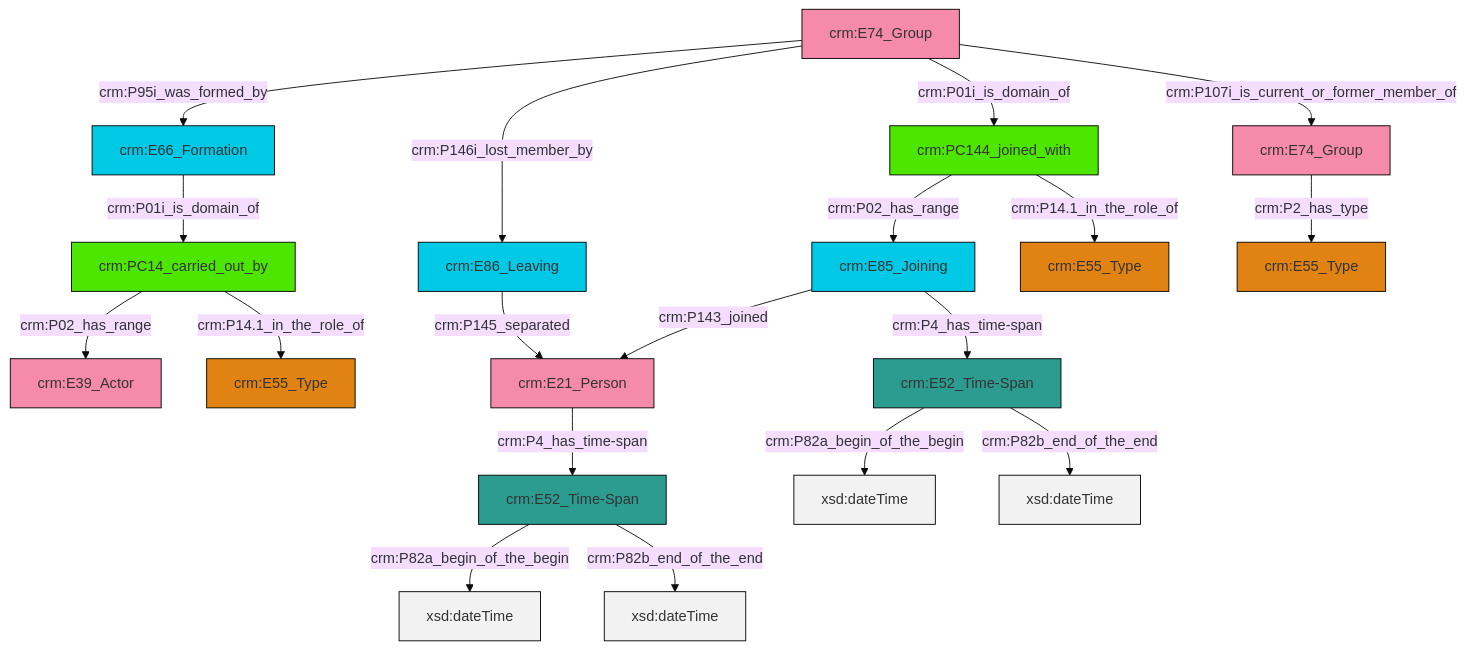
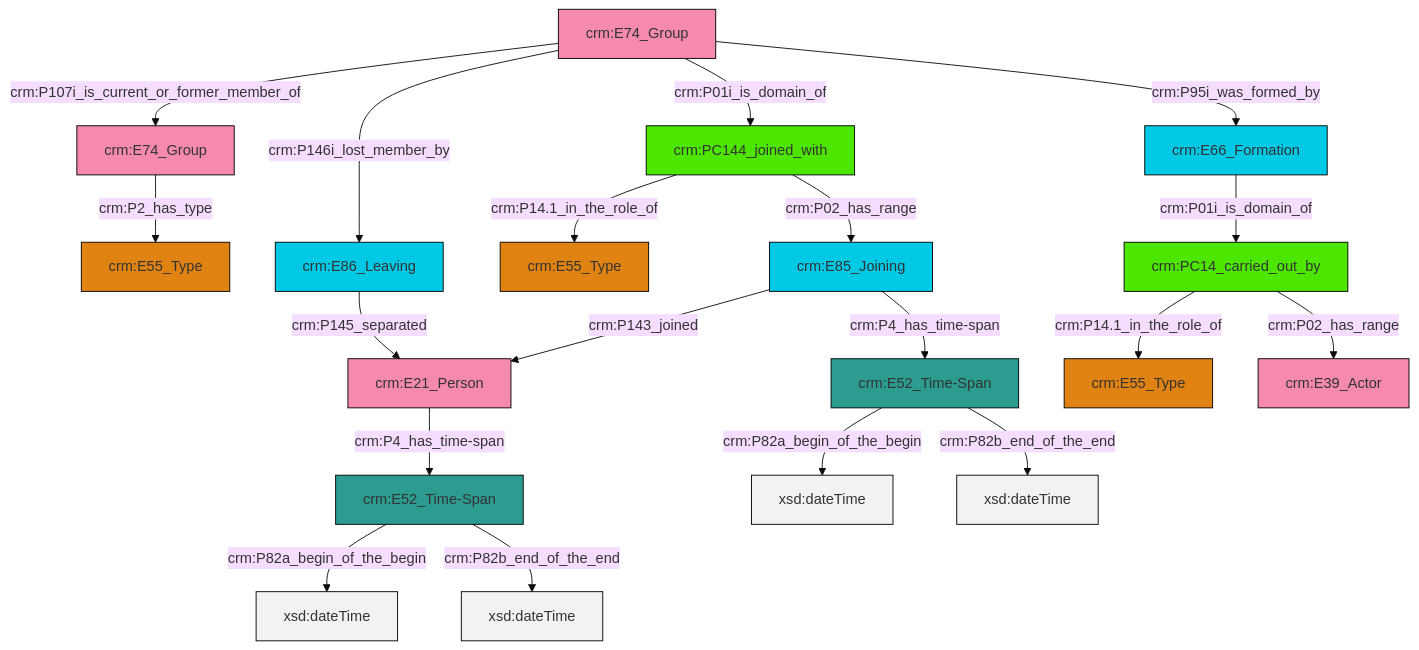
The diagram in et/groupCSV/ttl/mmd/group_actor_relations.ttl.mmd (swiss-art-research-net/reference-data-models), drawn with Mermaid (base theme) before and after one commit. The commit also changed 130 other files, not shown here.

```diff
--- a/et/groupCSV/ttl/mmd/group_actor_relations.ttl.mmd
+++ b/et/groupCSV/ttl/mmd/group_actor_relations.ttl.mmd
@@ -1,33 +1,33 @@
 graph TD
 classDef Literal fill:#f2f2f2,stroke:#000000;
 classDef CRM_Entity fill:#FFFFFF,stroke:#000000;
 classDef Temporal_Entity fill:#00C9E6, stroke:#000000;
 classDef Type fill:#E18312, stroke:#000000;
 classDef Time-Span fill:#2C9C91, stroke:#000000;
 classDef Appellation fill:#FFEB7F, stroke:#000000;
 classDef Place fill:#008836, stroke:#000000;
 classDef Persistent_Item fill:#B266B2, stroke:#000000;
 classDef Conceptual_Object fill:#FFD700, stroke:#000000;
 classDef Physical_Thing fill:#D2B48C, stroke:#000000;
 classDef Actor fill:#f58aad, stroke:#000000;
 classDef PC_Classes fill:#4ce600, stroke:#000000;
 classDef Multi fill:#cccccc,stroke:#000000;
 
-0["crm:E66_Formation"]:::Temporal_Entity -->|crm:P01i_is_domain_of| 1["crm:PC14_carried_out_by"]:::PC_Classes
-7["crm:E74_Group"]:::Actor -->|crm:P2_has_type| 8["crm:E55_Type"]:::Type
-9["crm:E74_Group"]:::Actor -->|crm:P95i_was_formed_by| 0["crm:E66_Formation"]:::Temporal_Entity
-10["crm:PC144_joined_with"]:::PC_Classes -->|crm:P02_has_range| 11["crm:E85_Joining"]:::Temporal_Entity
-12["crm:E52_Time-Span"]:::Time-Span -->|crm:P82a_begin_of_the_begin| 13[xsd:dateTime]:::Literal
-12["crm:E52_Time-Span"]:::Time-Span -->|crm:P82b_end_of_the_end| 14[xsd:dateTime]:::Literal
-11["crm:E85_Joining"]:::Temporal_Entity -->|crm:P143_joined| 2["crm:E21_Person"]:::Actor
-18["crm:E86_Leaving"]:::Temporal_Entity -->|crm:P145_separated| 2["crm:E21_Person"]:::Actor
+2["crm:PC14_carried_out_by"]:::PC_Classes -->|crm:P14.1_in_the_role_of| 0["crm:E55_Type"]:::Type
+3["crm:PC144_joined_with"]:::PC_Classes -->|crm:P14.1_in_the_role_of| 4["crm:E55_Type"]:::Type
+2["crm:PC14_carried_out_by"]:::PC_Classes -->|crm:P02_has_range| 7["crm:E39_Actor"]:::Actor
+8["crm:E85_Joining"]:::Temporal_Entity -->|crm:P143_joined| 9["crm:E21_Person"]:::Actor
+12["crm:E74_Group"]:::Actor -->|crm:P107i_is_current_or_former_member_of| 13["crm:E74_Group"]:::Actor
+16["crm:E52_Time-Span"]:::Time-Span -->|crm:P82a_begin_of_the_begin| 17[xsd:dateTime]:::Literal
+3["crm:PC144_joined_with"]:::PC_Classes -->|crm:P02_has_range| 8["crm:E85_Joining"]:::Temporal_Entity
 20["crm:E52_Time-Span"]:::Time-Span -->|crm:P82a_begin_of_the_begin| 21[xsd:dateTime]:::Literal
-20["crm:E52_Time-Span"]:::Time-Span -->|crm:P82b_end_of_the_end| 22[xsd:dateTime]:::Literal
-9["crm:E74_Group"]:::Actor -->|crm:P146i_lost_member_by| 18["crm:E86_Leaving"]:::Temporal_Entity
-2["crm:E21_Person"]:::Actor -->|crm:P4_has_time-span| 12["crm:E52_Time-Span"]:::Time-Span
-10["crm:PC144_joined_with"]:::PC_Classes -->|crm:P14.1_in_the_role_of| 5["crm:E55_Type"]:::Type
-9["crm:E74_Group"]:::Actor -->|crm:P01i_is_domain_of| 10["crm:PC144_joined_with"]:::PC_Classes
-11["crm:E85_Joining"]:::Temporal_Entity -->|crm:P4_has_time-span| 20["crm:E52_Time-Span"]:::Time-Span
-1["crm:PC14_carried_out_by"]:::PC_Classes -->|crm:P02_has_range| 28["crm:E39_Actor"]:::Actor
-9["crm:E74_Group"]:::Actor -->|crm:P107i_is_current_or_former_member_of| 7["crm:E74_Group"]:::Actor
-1["crm:PC14_carried_out_by"]:::PC_Classes -->|crm:P14.1_in_the_role_of| 26["crm:E55_Type"]:::Type
+13["crm:E74_Group"]:::Actor -->|crm:P2_has_type| 5["crm:E55_Type"]:::Type
+12["crm:E74_Group"]:::Actor -->|crm:P146i_lost_member_by| 10["crm:E86_Leaving"]:::Temporal_Entity
+16["crm:E52_Time-Span"]:::Time-Span -->|crm:P82b_end_of_the_end| 25[xsd:dateTime]:::Literal
+20["crm:E52_Time-Span"]:::Time-Span -->|crm:P82b_end_of_the_end| 28[xsd:dateTime]:::Literal
+9["crm:E21_Person"]:::Actor -->|crm:P4_has_time-span| 20["crm:E52_Time-Span"]:::Time-Span
+10["crm:E86_Leaving"]:::Temporal_Entity -->|crm:P145_separated| 9["crm:E21_Person"]:::Actor
+12["crm:E74_Group"]:::Actor -->|crm:P01i_is_domain_of| 3["crm:PC144_joined_with"]:::PC_Classes
+23["crm:E66_Formation"]:::Temporal_Entity -->|crm:P01i_is_domain_of| 2["crm:PC14_carried_out_by"]:::PC_Classes
+12["crm:E74_Group"]:::Actor -->|crm:P95i_was_formed_by| 23["crm:E66_Formation"]:::Temporal_Entity
+8["crm:E85_Joining"]:::Temporal_Entity -->|crm:P4_has_time-span| 16["crm:E52_Time-Span"]:::Time-Span
```
